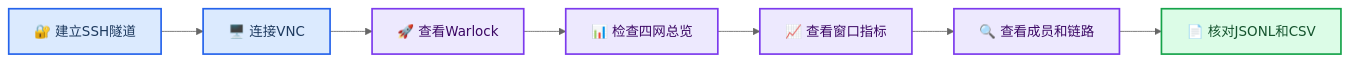
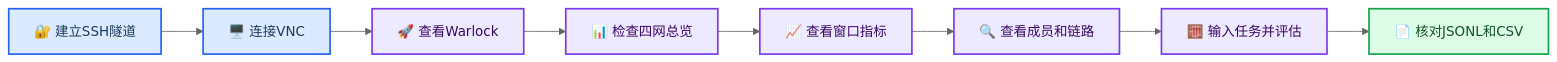
One commit to violetnozomi/afsim changed the diagram in docs/功能使用手册.md. Above: the diagram before and after it, drawn with Mermaid (neutral theme). The commit also changed other lines of this file and 20 other files, not shown here.

Commit message:
feat: add current-graph task assessment

````diff
--- a/docs/功能使用手册.md
+++ b/docs/功能使用手册.md
@@ -30,20 +31,21 @@
 ```mermaid
 flowchart LR
     accTitle: Network Resource Manager Usage
     accDescr: The operator connects from Windows, opens the prepared four-network scenario in Warlock, inspects live resources, and verifies persisted reports.
 
     tunnel["🔐 建立SSH隧道"] --> viewer["🖥️ 连接VNC"]
     viewer --> warlock["🚀 查看Warlock"]
     warlock --> overview["📊 检查四网总览"]
     overview --> metrics["📈 查看窗口指标"]
     metrics --> detail["🔍 查看成员和链路"]
-    detail --> output["📄 核对JSONL和CSV"]
+    detail --> assessment["🧮 输入任务并评估"]
+    assessment --> output["📄 核对JSONL和CSV"]
 
     classDef access fill:#dbeafe,stroke:#2563eb,stroke-width:2px,color:#1e3a5f
     classDef inspect fill:#ede9fe,stroke:#7c3aed,stroke-width:2px,color:#3b0764
     classDef result fill:#dcfce7,stroke:#16a34a,stroke-width:2px,color:#14532d
 
     class tunnel,viewer access
-    class warlock,overview,metrics,detail inspect
+    class warlock,overview,metrics,detail,assessment inspect
     class output result
 ```
````
